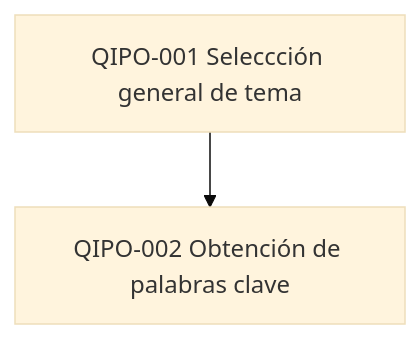
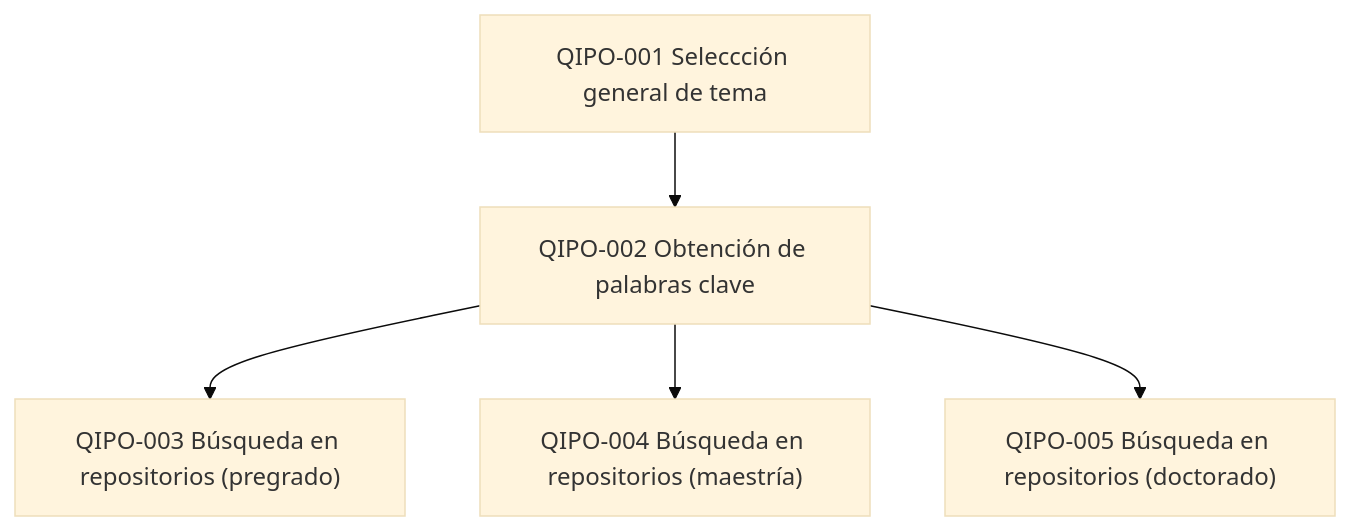
Before and after one commit to Malebrenchs/Tesis-Valor-Ganado: the diagram in flowchart.md, drawn with Mermaid (base theme).

````diff
--- a/flowchart.md
+++ b/flowchart.md
@@ -3,8 +3,17 @@
 ```mermaid
 graph TD
     QIPO-001["QIPO-001 Seleccción general de tema"]
     QIPO-002["QIPO-002 Obtención de palabras clave"]
+    QIPO-003["QIPO-003 Búsqueda en repositorios (pregrado)"]
+    QIPO-004["QIPO-004 Búsqueda en repositorios (maestría)"]
+    QIPO-005["QIPO-005 Búsqueda en repositorios (doctorado)"]
     QIPO-001 --> QIPO-002
+    QIPO-002 --> QIPO-003
+    QIPO-002 --> QIPO-004
+    QIPO-002 --> QIPO-005
     click QIPO-001 "https://github.com/Malebrenchs/Tesis-Valor-Ganado/blob/main/protocol/QIPO-001_TemaInteres.md" "Abrir protocol/QIPO-001_TemaInteres.md"
     click QIPO-002 "https://github.com/Malebrenchs/Tesis-Valor-Ganado/blob/main/protocol/QIPO-002_PalabrasClave.md" "Abrir protocol/QIPO-002_PalabrasClave.md"
+    click QIPO-003 "https://github.com/Malebrenchs/Tesis-Valor-Ganado/blob/main/protocol/QIPO-003_BusquedaPregrado.md" "Abrir protocol/QIPO-003_BusquedaPregrado.md"
+    click QIPO-004 "https://github.com/Malebrenchs/Tesis-Valor-Ganado/blob/main/protocol/QIPO-004_BusquedaMaestria.md" "Abrir protocol/QIPO-004_BusquedaMaestria.md"
+    click QIPO-005 "https://github.com/Malebrenchs/Tesis-Valor-Ganado/blob/main/protocol/QIPO-005_BusquedaDoctorado.md" "Abrir protocol/QIPO-005_BusquedaDoctorado.md"
 ```
````
